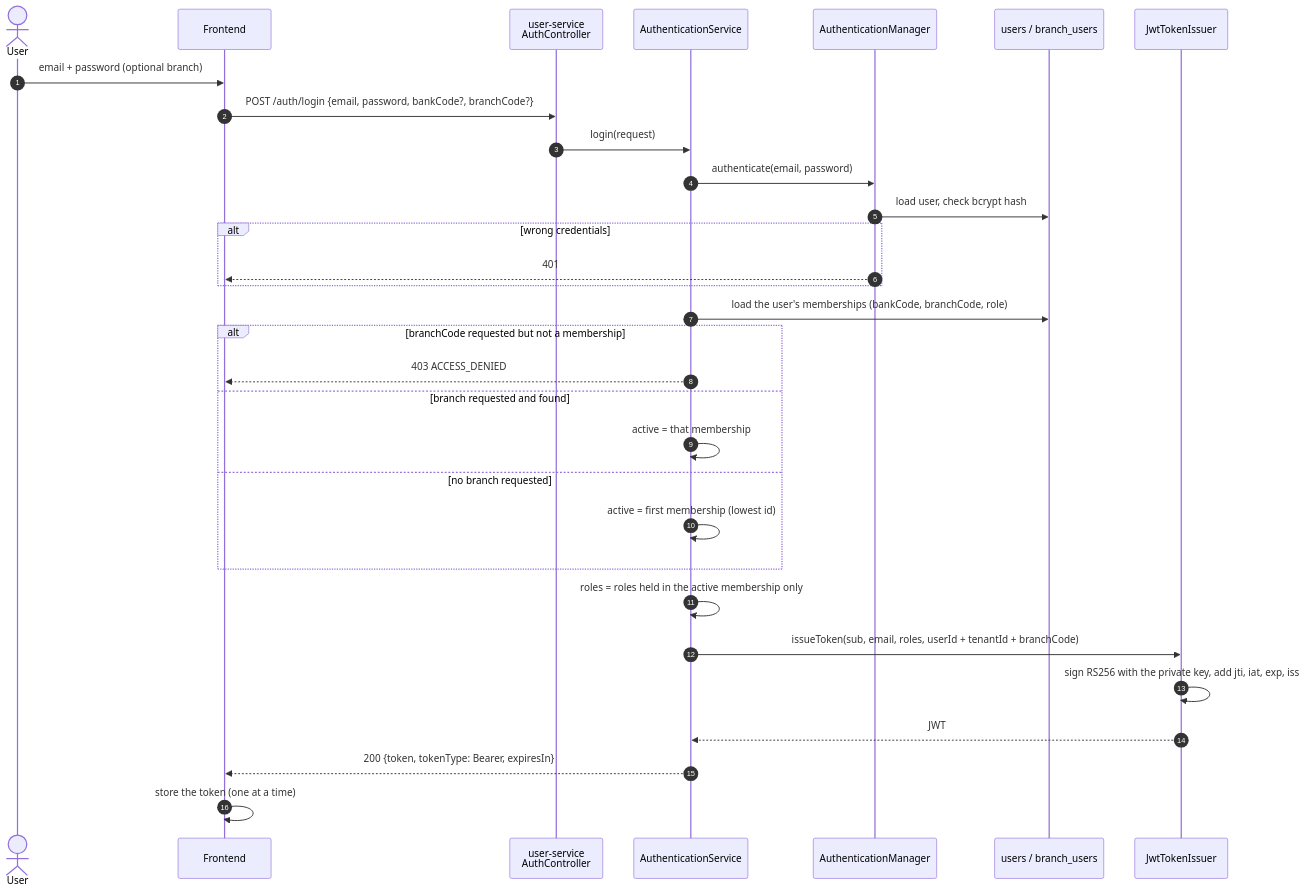
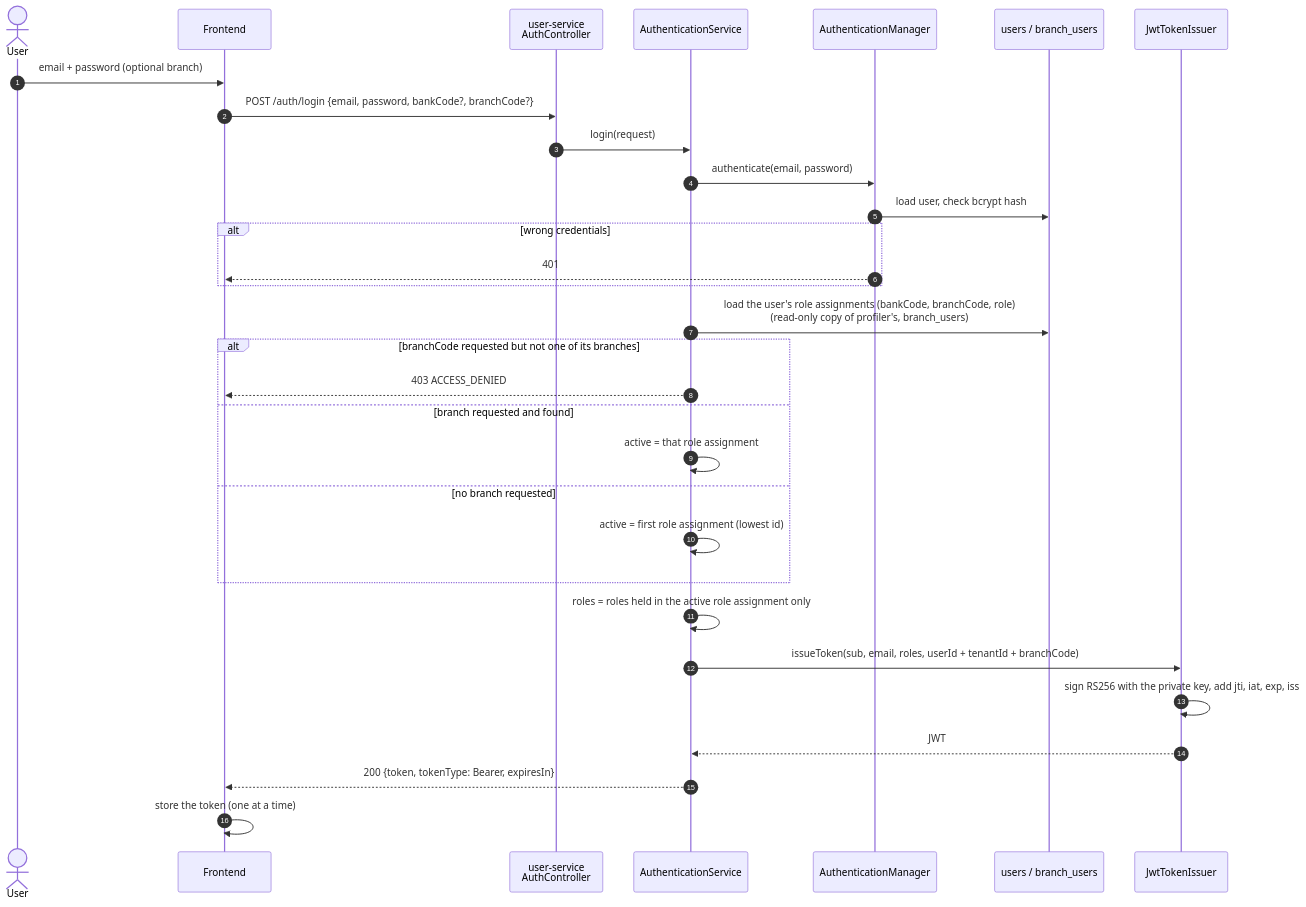
One commit to RaffSStein/Wealth-Management-Platform-BE changed the second of 7 diagrams in docs/domain/process/security/jwt-authentication.md. Above: the diagram before and after it, drawn with Mermaid. The commit also changed other lines of this file and 5 other files, not shown here.

First line of the commit message:
docs: add first platform run and roles-and-permissions guides

````diff
--- a/docs/domain/process/security/jwt-authentication.md
+++ b/docs/domain/process/security/jwt-authentication.md
@@ -86,34 +88,34 @@
 ```mermaid
 sequenceDiagram
     autonumber
     actor U as User
     participant FE as Frontend
     participant AC as user-service<br/>AuthController
     participant AS as AuthenticationService
     participant AM as AuthenticationManager
     participant DB as users / branch_users
     participant JI as JwtTokenIssuer
 
     U->>FE: email + password (optional branch)
     FE->>AC: POST /auth/login {email, password, bankCode?, branchCode?}
     AC->>AS: login(request)
     AS->>AM: authenticate(email, password)
     AM->>DB: load user, check bcrypt hash
     alt wrong credentials
         AM-->>FE: 401
     end
-    AS->>DB: load the user's memberships (bankCode, branchCode, role)
-    alt branchCode requested but not a membership
+    AS->>DB: load the user's role assignments (bankCode, branchCode, role)<br/>(read-only copy of profiler's, branch_users)
+    alt branchCode requested but not one of its branches
         AS-->>FE: 403 ACCESS_DENIED
     else branch requested and found
-        AS->>AS: active = that membership
+        AS->>AS: active = that role assignment
     else no branch requested
-        AS->>AS: active = first membership (lowest id)
+        AS->>AS: active = first role assignment (lowest id)
     end
-    AS->>AS: roles = roles held in the active membership only
+    AS->>AS: roles = roles held in the active role assignment only
     AS->>JI: issueToken(sub, email, roles, userId + tenantId + branchCode)
     JI->>JI: sign RS256 with the private key, add jti, iat, exp, iss
     JI-->>AS: JWT
     AS-->>FE: 200 {token, tokenType: Bearer, expiresIn}
     FE->>FE: store the token (one at a time)
 ```
````
